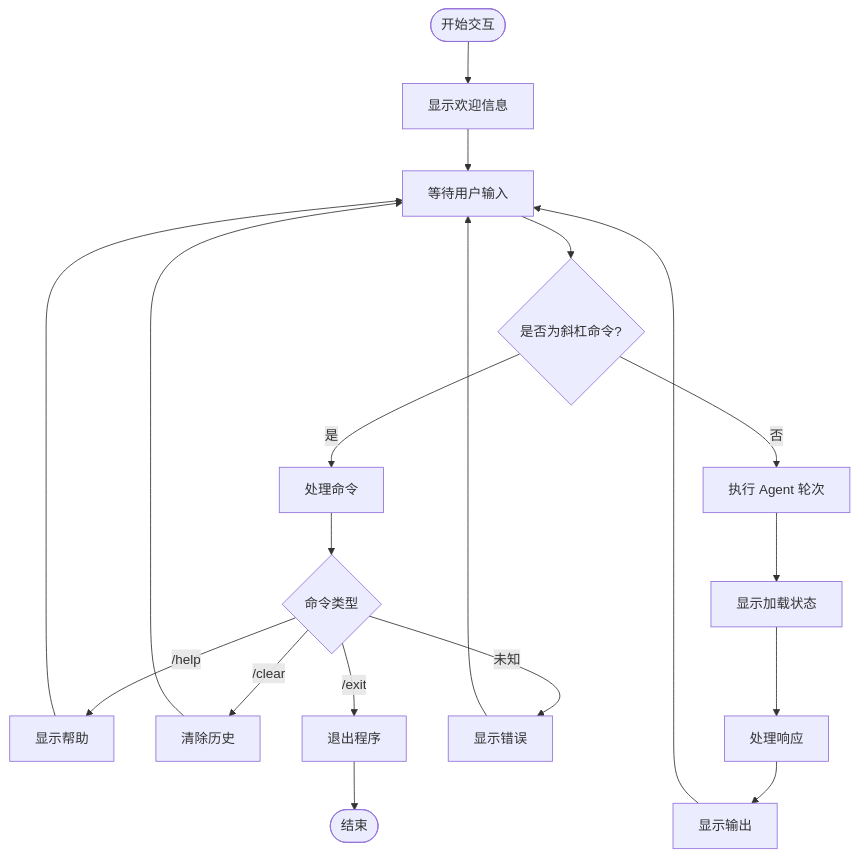
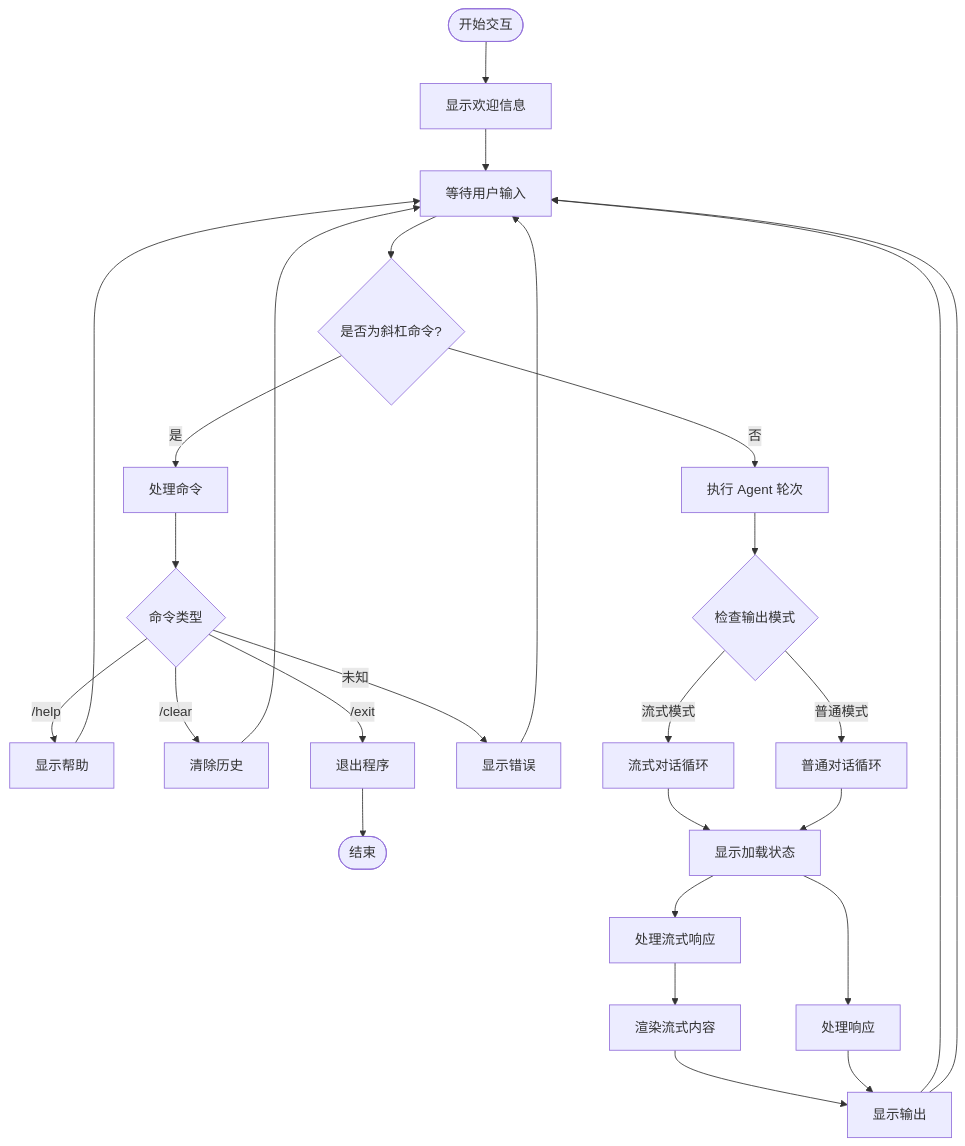
The seventh of 9 diagrams in .qoder/repowiki/zh/content/扩展开发/扩展开发.md (250shiwo/MySmallAgent), drawn with Mermaid before and after one commit. The commit also changed other lines of this file and 34 other files, not shown here.

````diff
--- a/.qoder/repowiki/zh/content/扩展开发/扩展开发.md
+++ b/.qoder/repowiki/zh/content/扩展开发/扩展开发.md
@@ -242,21 +339,29 @@
 ```mermaid
 flowchart TD
 Start([开始交互]) --> Welcome[显示欢迎信息]
 Welcome --> Input[等待用户输入]
 Input --> CheckCommand{是否为斜杠命令?}
 CheckCommand --> |是| HandleCommand[处理命令]
 CheckCommand --> |否| AgentTurn[执行 Agent 轮次]
 HandleCommand --> CommandAction{命令类型}
 CommandAction --> |/help| ShowHelp[显示帮助]
 CommandAction --> |/clear| ClearHistory[清除历史]
 CommandAction --> |/exit| ExitProgram[退出程序]
 CommandAction --> |未知| ShowError[显示错误]
 ShowHelp --> Input
 ClearHistory --> Input
 ShowError --> Input
 ExitProgram --> End([结束])
-AgentTurn --> Loading[显示加载状态]
+AgentTurn --> CheckMode{检查输出模式}
+CheckMode --> |流式模式| StreamingTurn[流式对话循环]
+CheckMode --> |普通模式| NormalTurn[普通对话循环]
+StreamingTurn --> Loading[显示加载状态]
+Loading --> ProcessStream[处理流式响应]
+ProcessStream --> RenderStream[渲染流式内容]
+RenderStream --> DisplayOutput[显示输出]
+DisplayOutput --> Input
+NormalTurn --> Loading
 Loading --> ProcessResponse[处理响应]
-ProcessResponse --> DisplayOutput[显示输出]
+ProcessResponse --> DisplayOutput
 DisplayOutput --> Input
 ```
````
